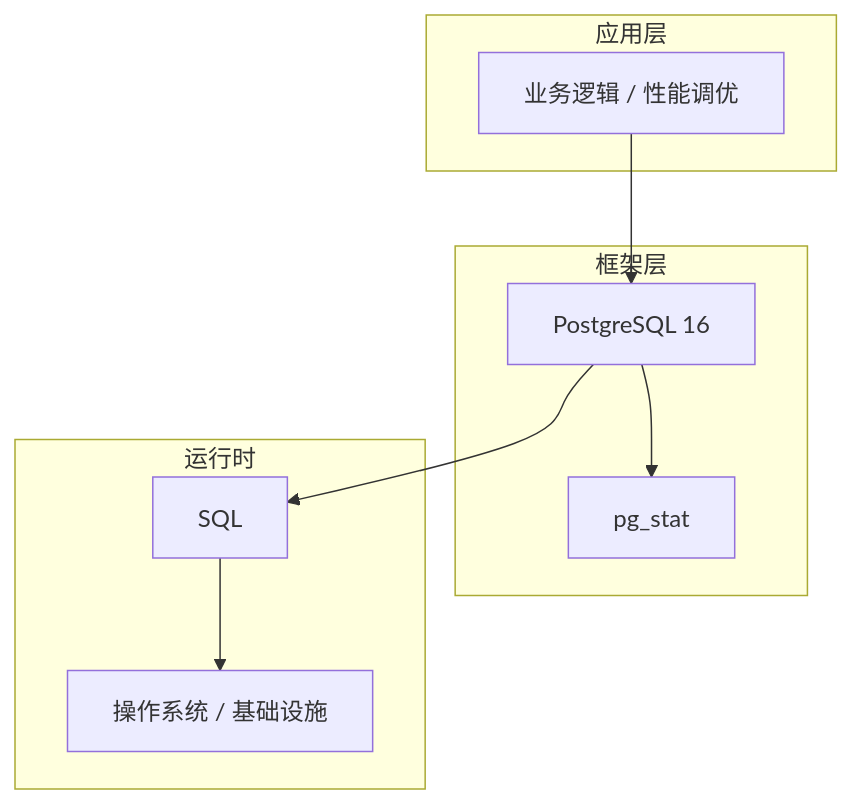
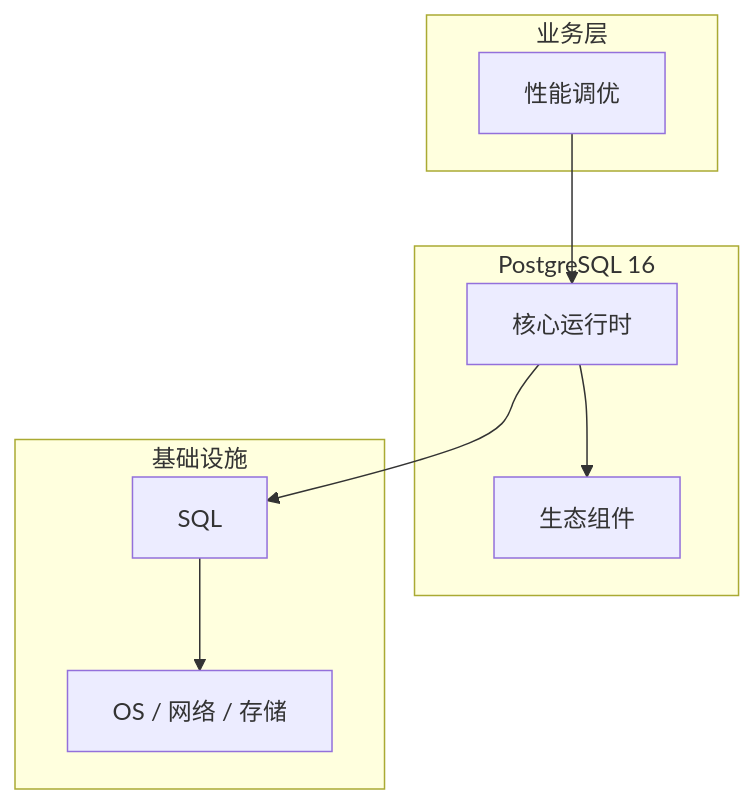
Before and after one commit to yanggan2015/knowledge-json-v2: the diagram in articles/PostgreSQL/chapters/085-性能调优核心概念与原理.md, drawn with Mermaid. The commit also changed other lines of this file and 10127 other files, not shown here.

````diff
--- a/articles/PostgreSQL/chapters/085-性能调优核心概念与原理.md
+++ b/articles/PostgreSQL/chapters/085-性能调优核心概念与原理.md
@@ -45,18 +34,18 @@
 ```mermaid
 graph TB
-    subgraph 应用层
-        A[业务逻辑 / 性能调优]
+    subgraph 业务层
+        A[性能调优]
     end
-    subgraph 框架层
-        B[PostgreSQL 16]
-        C[pg_stat]
+    subgraph PostgreSQL 16
+        B[核心运行时]
+        C[生态组件]
     end
-    subgraph 运行时
+    subgraph 基础设施
         D[SQL]
-        E[操作系统 / 基础设施]
+        E[OS / 网络 / 存储]
     end
     A --> B
     B --> C
     B --> D
     D --> E
 ```
````
